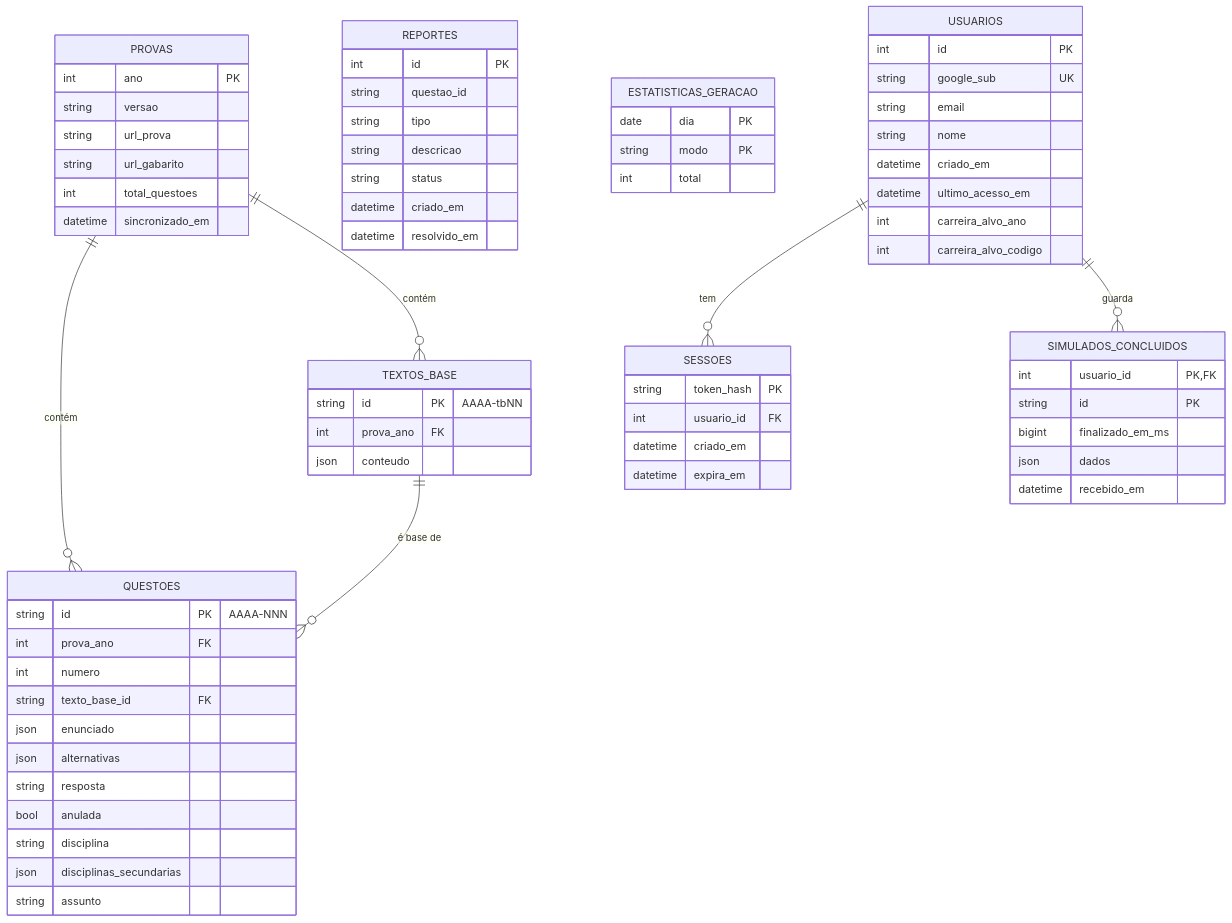
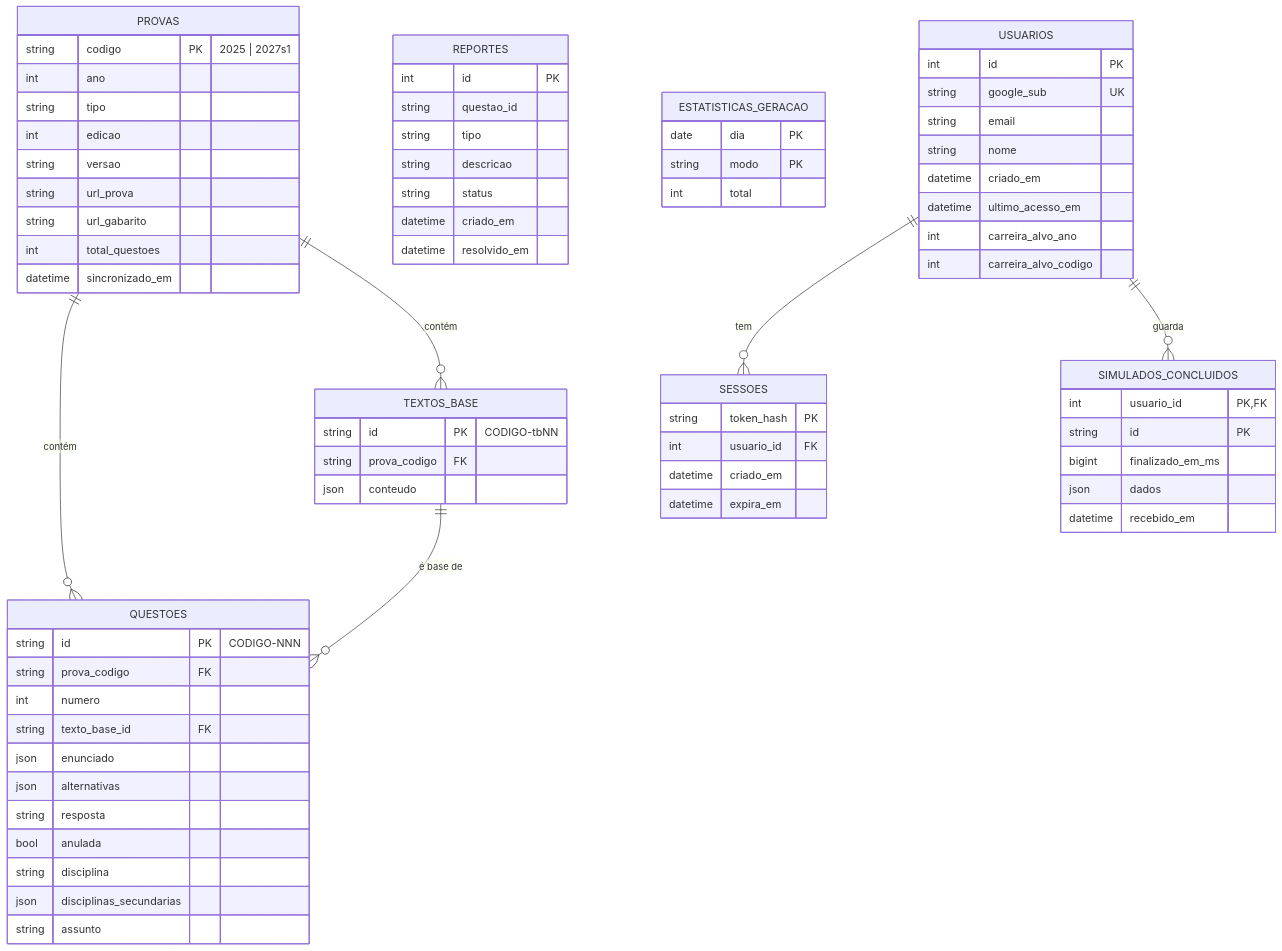
The third of 4 diagrams in docs/02-ARCHITECTURE.md (RafaelPeixoto01/simulado-fuvest), drawn with Mermaid before and after one commit. The commit also changed other lines of this file and 7 other files, not shown here.

````diff
--- a/docs/02-ARCHITECTURE.md
+++ b/docs/02-ARCHITECTURE.md
@@ -183,71 +186,74 @@
 ```mermaid
 erDiagram
     PROVAS {
-        int ano PK
+        string codigo PK "2025 | 2027s1"
+        int ano
+        string tipo
+        int edicao
         string versao
         string url_prova
         string url_gabarito
         int total_questoes
         datetime sincronizado_em
     }
     TEXTOS_BASE {
-        string id PK "AAAA-tbNN"
-        int prova_ano FK
+        string id PK "CODIGO-tbNN"
+        string prova_codigo FK
         json conteudo
     }
     QUESTOES {
-        string id PK "AAAA-NNN"
-        int prova_ano FK
+        string id PK "CODIGO-NNN"
+        string prova_codigo FK
         int numero
         string texto_base_id FK
         json enunciado
         json alternativas
         string resposta
         bool anulada
         string disciplina
         json disciplinas_secundarias
         string assunto
     }
     REPORTES {
         int id PK
         string questao_id
         string tipo
         string descricao
         string status
         datetime criado_em
         datetime resolvido_em
     }
     ESTATISTICAS_GERACAO {
         date dia PK
         string modo PK
         int total
     }
     USUARIOS {
         int id PK
         string google_sub UK
         string email
         string nome
         datetime criado_em
         datetime ultimo_acesso_em
         int carreira_alvo_ano
         int carreira_alvo_codigo
     }
     SESSOES {
         string token_hash PK
         int usuario_id FK
         datetime criado_em
         datetime expira_em
     }
     SIMULADOS_CONCLUIDOS {
         int usuario_id PK, FK
         string id PK
         bigint finalizado_em_ms
         json dados
         datetime recebido_em
     }
     PROVAS ||--o{ QUESTOES : "contém"
     PROVAS ||--o{ TEXTOS_BASE : "contém"
     TEXTOS_BASE ||--o{ QUESTOES : "é base de"
     USUARIOS ||--o{ SESSOES : "tem"
     USUARIOS ||--o{ SIMULADOS_CONCLUIDOS : "guarda"
 ```
````
